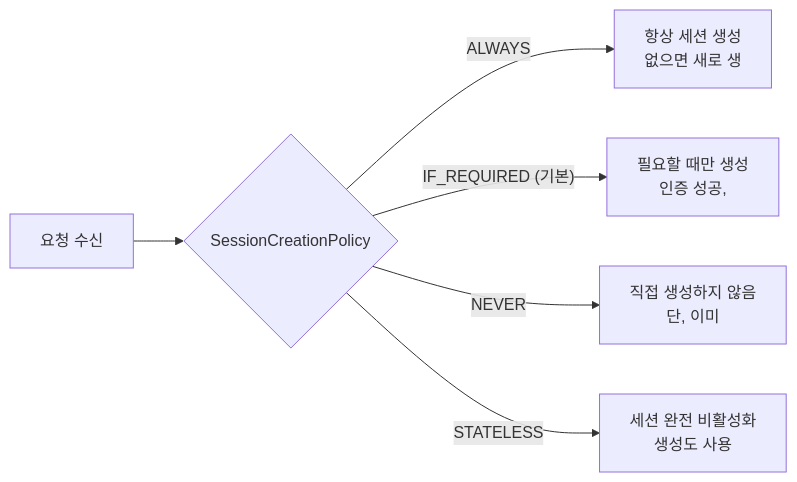
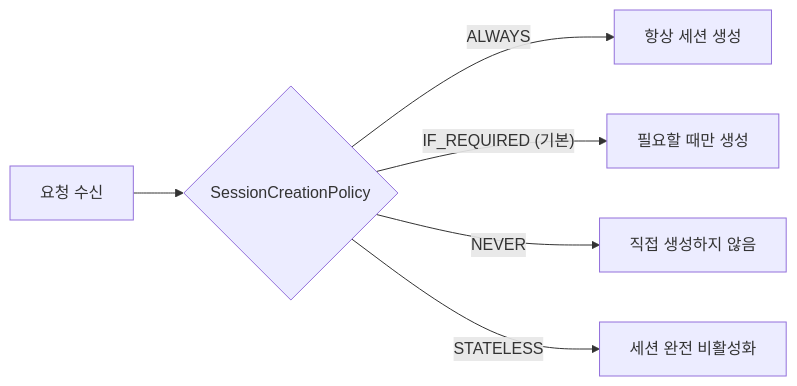
One commit to yjkim2015/yjkim2015.github.io changed the third of 3 diagrams in _posts/security/2021-02-02-세션 고정 보호.md. Above: the diagram before and after it, drawn with Mermaid. The commit also changed other lines of this file and 217 other files, not shown here.

First line of the commit message:
Mermaid 크기 수정: useMaxWidth:true + SVG max-width:100% + 라벨 축소

````diff
--- a/_posts/security/2021-02-02-세션 고정 보호.md
+++ b/_posts/security/2021-02-02-세션 고정 보호.md
@@ -108,8 +108,8 @@
 ```mermaid
 flowchart LR
     A["요청 수신"] --> B{"SessionCreationPolicy"}
-    B -- "ALWAYS" --> C["항상 세션 생성\n없으면 새로 생"]
-    B -- "IF_REQUIRED (기본)" --> D["필요할 때만 생성\n인증 성공,"]
-    B -- "NEVER" --> E["직접 생성하지 않음\n단, 이미"]
-    B -- "STATELESS" --> F["세션 완전 비활성화\n생성도 사용"]
+    B -- "ALWAYS" --> C["항상 세션 생성"]
+    B -- "IF_REQUIRED (기본)" --> D["필요할 때만 생성"]
+    B -- "NEVER" --> E["직접 생성하지 않음"]
+    B -- "STATELESS" --> F["세션 완전 비활성화"]
 ```
````
